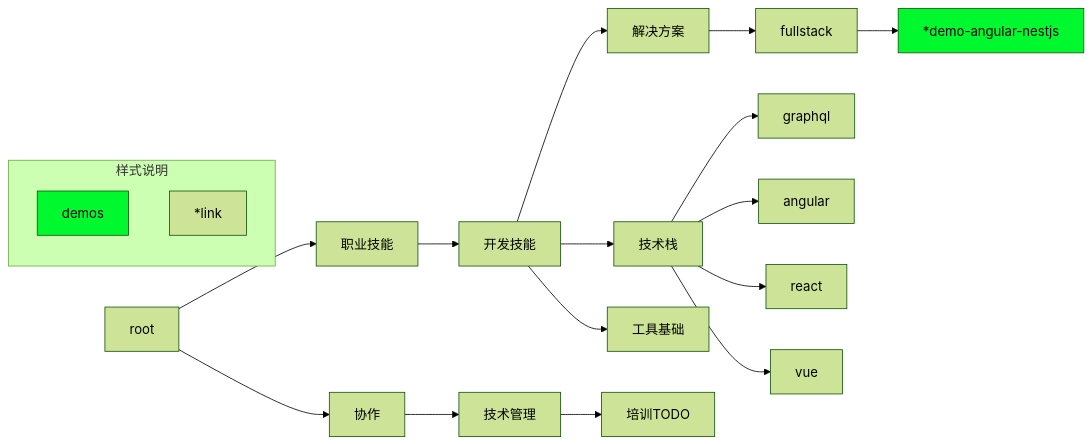
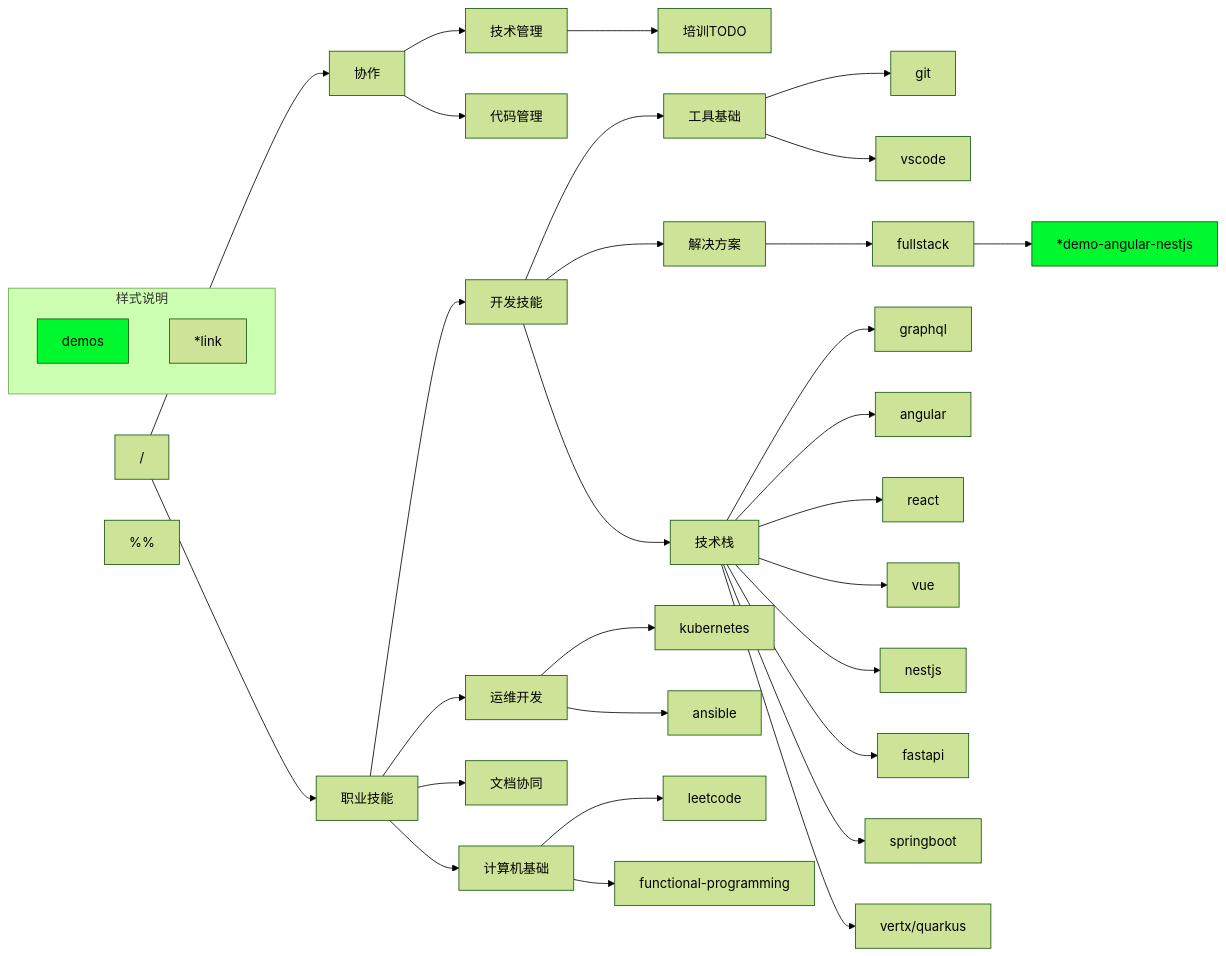
The diagram in README.md (lovepocky-home/skills), drawn with Mermaid (forest theme) before and after one commit. The commit also changed other lines of this file, not shown here.

````diff
--- a/README.md
+++ b/README.md
@@ -5,44 +5,68 @@
 ```mermaid
 flowchart LR
 
   classDef demo fill:#00f82f;
   subgraph 样式说明 
     ex-demo[demos]:::demo
     *link
   end
   
 
  
-  root
+  root["/"]
   skills[职业技能]
   dev[开发技能]
   coo[协作]
+  tools[工具基础]
   solution[解决方案]
   techstack[技术栈]
-  tools[工具基础]
+  devops[运维开发]
+  docs[文档协同]
+  computerbasic[计算机基础]
 
+  root --> coo
   root --> skills
+
   skills --> dev
-  root --> coo
+  skills --> devops
+  skills --> docs
+  skills --> computerbasic
 
+  dev --> tools
   dev --> solution
-  dev --> tools
   dev --> techstack
 
   solution --> fullstack
 
   techstack --> graphql
-
   techstack --> angular
   techstack --> react
   techstack --> vue
+  techstack --> nestjs
+  techstack --> fastapi
+  techstack --> springboot
+  techstack --> vertx/quarkus
 
   coo --> techmana[技术管理]
+  coo --> srcmana[代码管理] 
 
   techmana --> 培训TODO
 
+  %% 工具基础
+  tools --> git
+  tools --> vscode
+
+  %%
+  computerbasic --> leetcode
+  computerbasic --> functional-programming
+
+  %% 
   fullstack --> demo-angular-nestjs[*demo-angular-nestjs]
   demo-angular-nestjs:::demo
   click demo-angular-nestjs href "https://github.com/lovepocky-home/solution-fullstack-starter" "link"
 
+  %% devops
+  devops --> kubernetes
+  devops --> ansible
+
 ```
````
